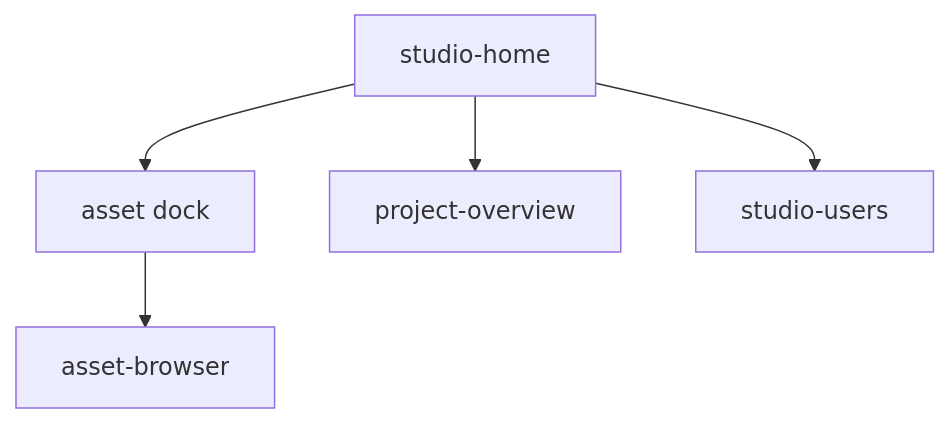
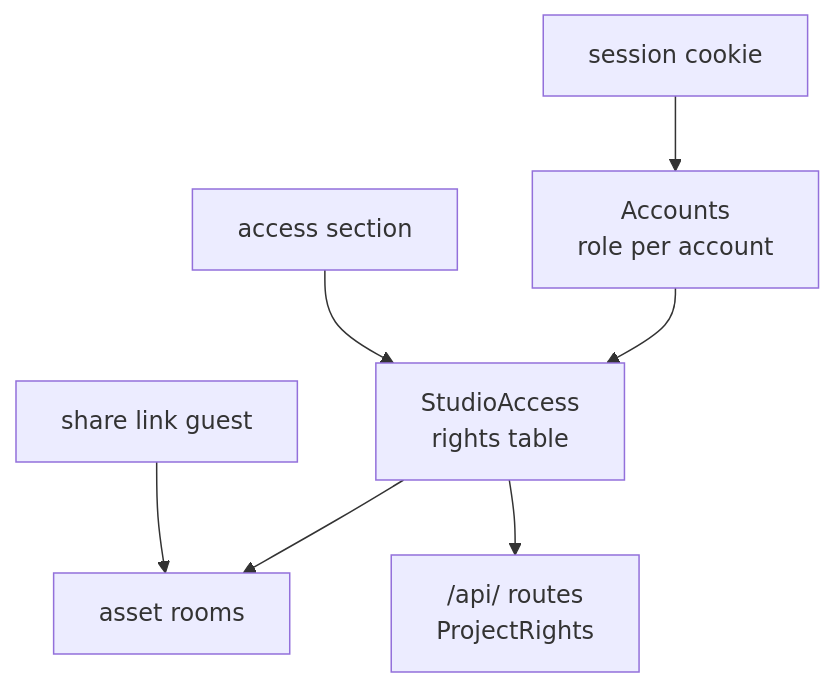
Before and after one commit to JollyPixel/editor: the fourth of 6 diagrams in packages/studio/ARCHITECTURE.md, drawn with Mermaid. The commit also changed other lines of this file, not shown here.

Commit message:
chore(studio): revamp ARCHITECTURE.md

````diff
--- a/packages/studio/ARCHITECTURE.md
+++ b/packages/studio/ARCHITECTURE.md
@@ -304,12 +52,9 @@
 ```mermaid
 flowchart TB
-  Home["studio-home"]
-  Dock["asset dock"]
-  Overview["project-overview"]
-  Browser["asset-browser"]
-  Users["studio-users"]
-  Home --> Dock
-  Home --> Overview
-  Home --> Users
-  Dock --> Browser
+    Cookie["session cookie"] --> Accounts["Accounts<br/>role per account"]
+    AccessFile["access section"] --> Access["StudioAccess<br/>rights table"]
+    Accounts --> Access
+    Share["share link guest"] --> Rooms["asset rooms"]
+    Access --> Rooms
+    Access --> Api["/api/ routes<br/>ProjectRights"]
 ```
````
